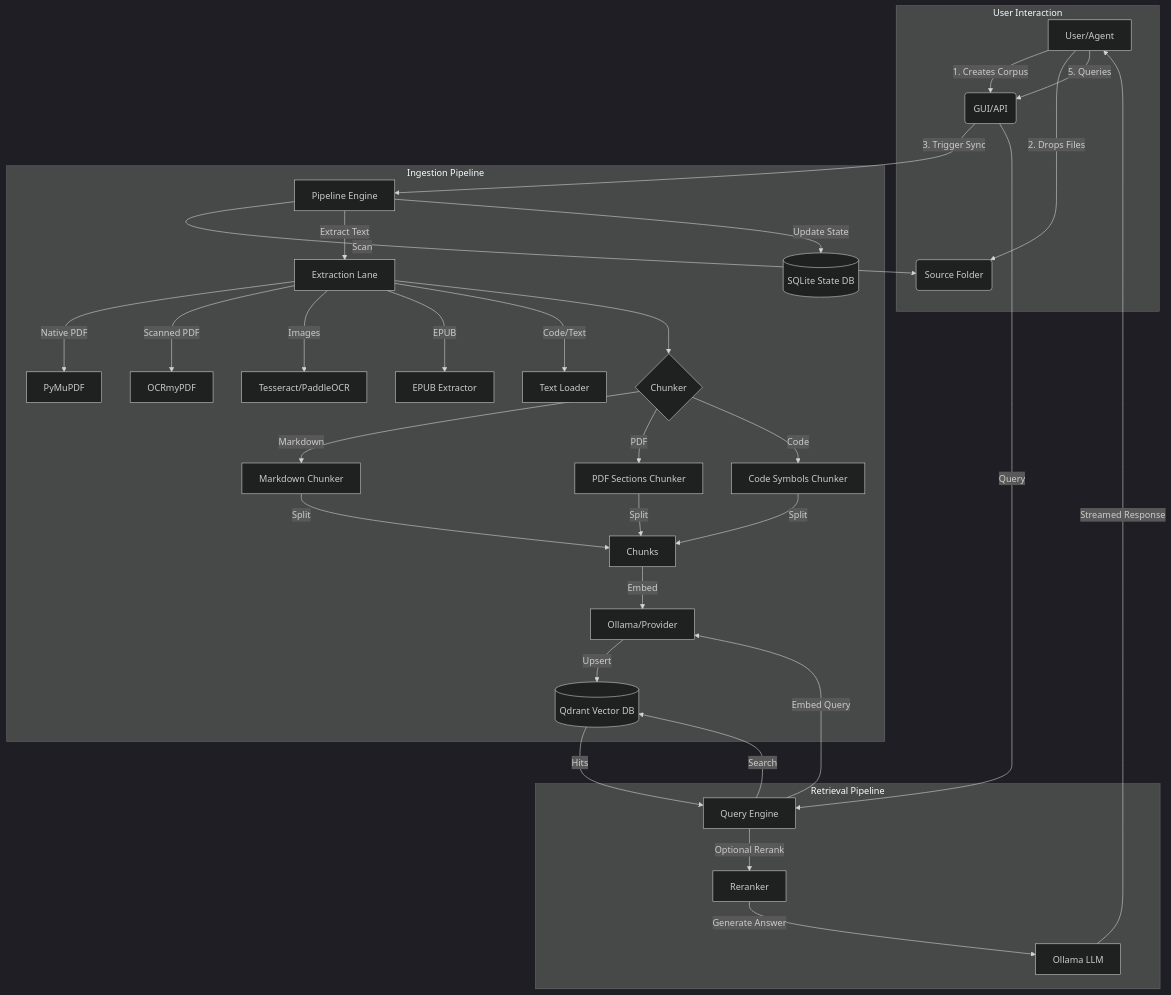
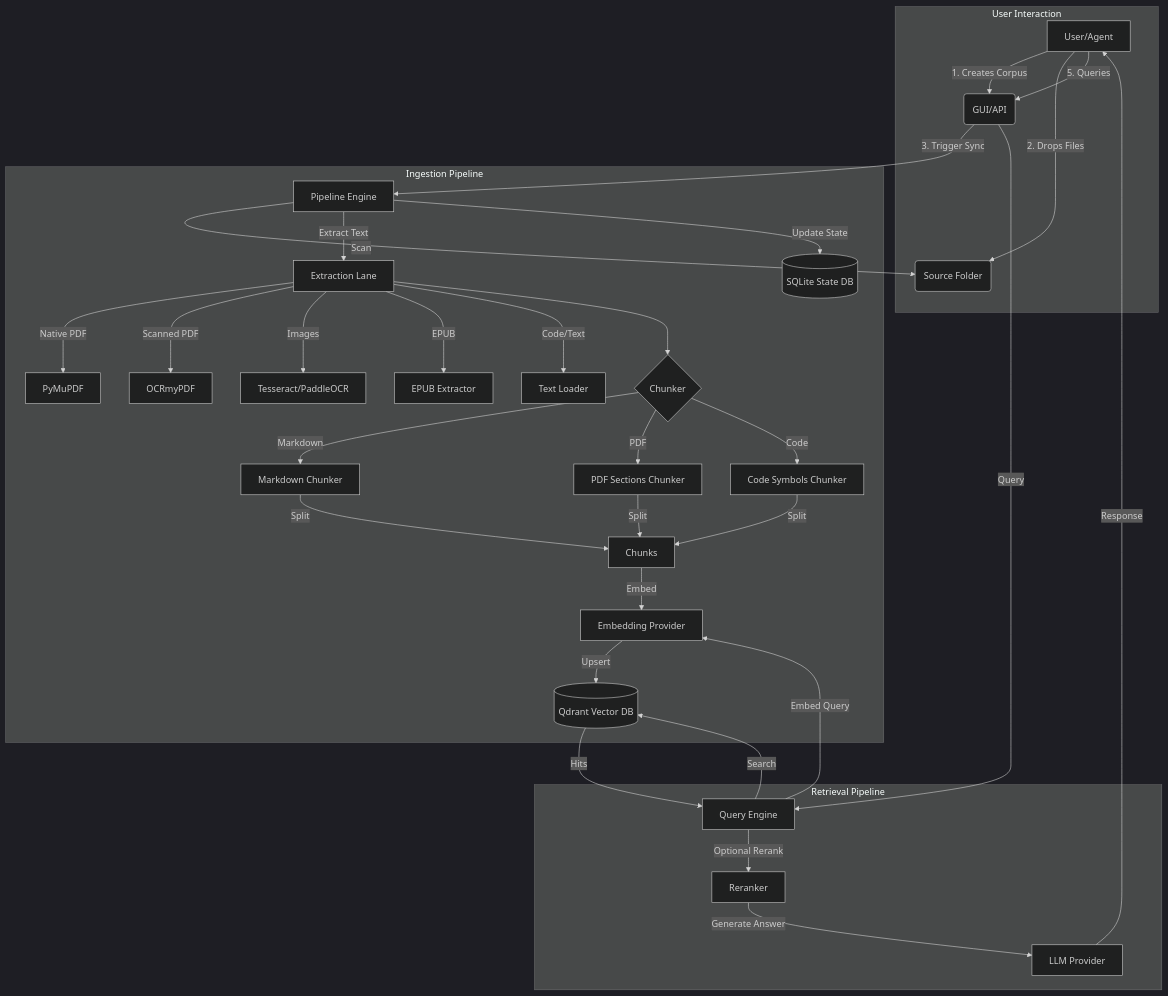
One commit to SweetingTech/Ragnificent changed the diagram in README.md. Above: the diagram before and after it, drawn with Mermaid (dark theme). The commit also changed other lines of this file and 20 other files, not shown here.

Commit message:
Add corpus embedding presets and ingest retry flow

````diff
--- a/README.md
+++ b/README.md
@@ -40,37 +36,37 @@
 ```mermaid
 graph TD
     subgraph User Interaction
     A[User/Agent] -->|1. Creates Corpus| B(GUI/API)
     A -->|2. Drops Files| C(Source Folder)
     A -->|5. Queries| B
     end
 
     subgraph Ingestion Pipeline
     B -->|3. Trigger Sync| D[Pipeline Engine]
     D -->|Scan| C
     D -->|Extract Text| E[Extraction Lane]
     E -->|Native PDF| F[PyMuPDF]
     E -->|Scanned PDF| F2[OCRmyPDF]
     E -->|Images| F3[Tesseract/PaddleOCR]
     E -->|EPUB| F4[EPUB Extractor]
     E -->|Code/Text| G[Text Loader]
     E --> H{Chunker}
     H -->|Markdown| H1[Markdown Chunker]
     H -->|PDF| H2[PDF Sections Chunker]
     H -->|Code| H3[Code Symbols Chunker]
     H1 & H2 & H3 -->|Split| I[Chunks]
-    I -->|Embed| J[Ollama/Provider]
+    I -->|Embed| J[Embedding Provider]
     J -->|Upsert| K[(Qdrant Vector DB)]
     D -->|Update State| L[(SQLite State DB)]
     end
 
     subgraph Retrieval Pipeline
     B -->|Query| M[Query Engine]
     M -->|Embed Query| J
     M -->|Search| K
     K -->|Hits| M
     M -->|Optional Rerank| N[Reranker]
-    N -->|Generate Answer| O[Ollama LLM]
-    O -->|Streamed Response| A
+    N -->|Generate Answer| O[LLM Provider]
+    O -->|Response| A
     end
 ```
````
